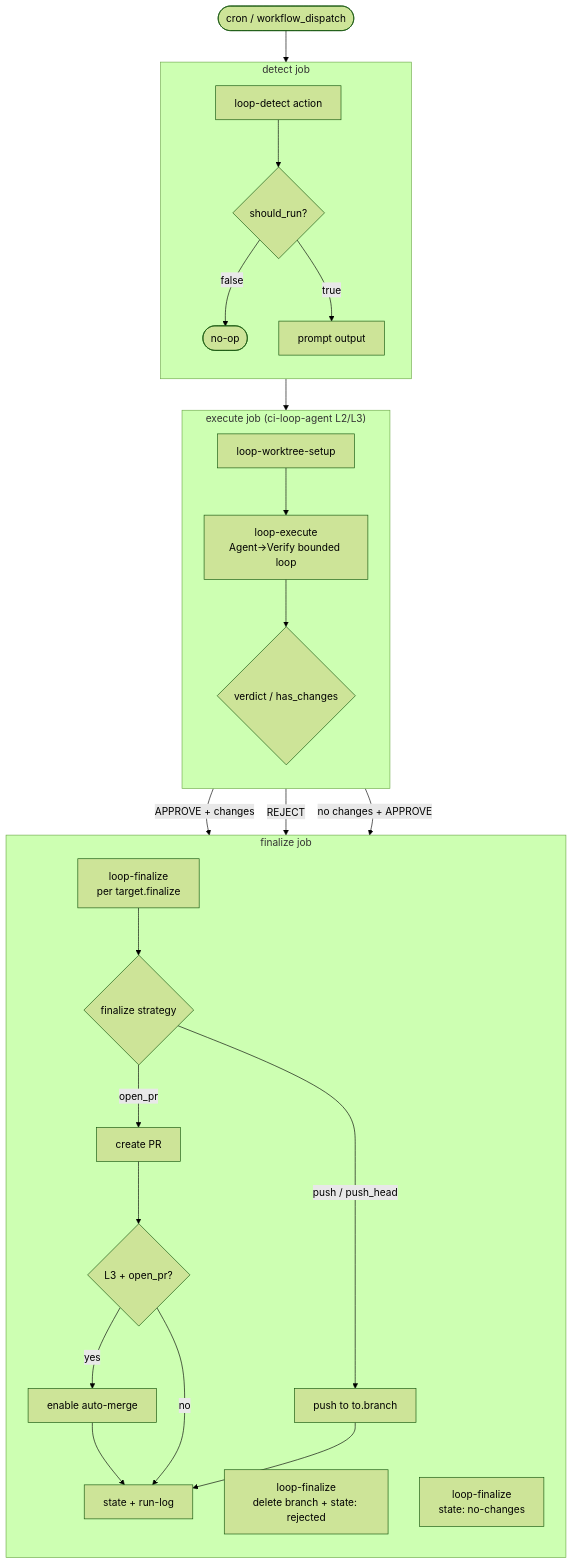
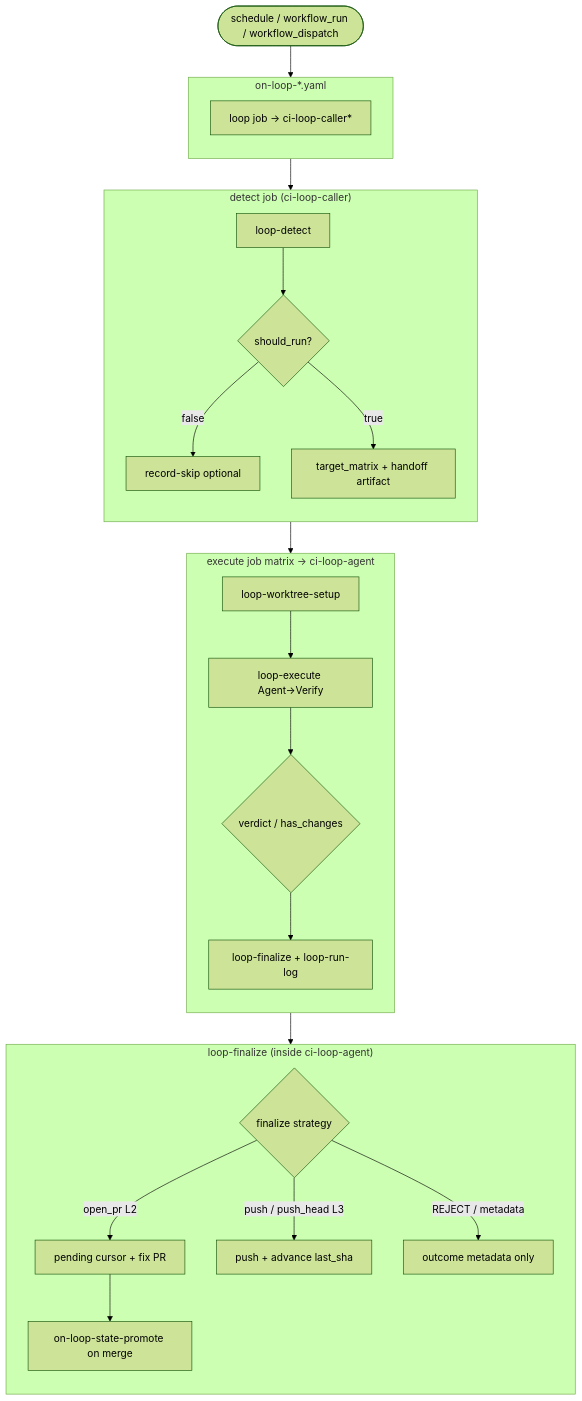
The first of 3 diagrams in docs/explanation/loop-engineering/loop-engineering-design.md (y-miyazaki/config), drawn with Mermaid (forest theme) before and after one commit. The commit also changed other lines of this file and 273 other files, not shown here.

````diff
--- a/docs/explanation/loop-engineering/loop-engineering-design.md
+++ b/docs/explanation/loop-engineering/loop-engineering-design.md
@@ -227,39 +233,35 @@
 ```mermaid
 flowchart TD
-    %% Trigger
-    trigger([cron / workflow_dispatch]) --> detect
+    trigger([schedule / workflow_run / workflow_dispatch]) --> caller
 
-    %% Detect Job
-    subgraph detect["detect job"]
+    subgraph caller["on-loop-*.yaml"]
         direction TB
-        D1[loop-detect action] --> D2{should_run?}
-        D2 -->|false| D_END([no-op])
-        D2 -->|true| D3[prompt output]
+        C1[loop job → ci-loop-caller*]
     end
 
-    %% Execute Job (ci-loop-agent L2/L3)
-    D3 --> execute
-    subgraph execute["execute job (ci-loop-agent L2/L3)"]
+    C1 --> detect
+
+    subgraph detect["detect job (ci-loop-caller)"]
         direction TB
-        A1[loop-worktree-setup] --> A2[loop-execute<br/>Agent→Verify bounded loop]
-        A2 --> A3{verdict / has_changes}
+        D1[loop-detect] --> D2{should_run?}
+        D2 -->|false| D_SKIP[record-skip optional]
+        D2 -->|true| D3[target_matrix + handoff artifact]
     end
 
-    %% Finalize Job
-    A3 -->|APPROVE + changes| finalize_approve
-    A3 -->|REJECT| finalize_reject
-    A3 -->|no changes + APPROVE| finalize_no
+    D3 --> execute
+    subgraph execute["execute job matrix → ci-loop-agent"]
+        direction TB
+        A1[loop-worktree-setup] --> A2[loop-execute Agent→Verify]
+        A2 --> A3{verdict / has_changes}
+        A3 --> F1[loop-finalize + loop-run-log]
+    end
 
-    subgraph finalize["finalize job"]
+    subgraph finalize_inside["loop-finalize (inside ci-loop-agent)"]
         direction TB
-        finalize_approve[loop-finalize<br/>per target.finalize] --> F_STRAT{finalize strategy}
-        F_STRAT -->|open_pr| F_PR[create PR]
-        F_STRAT -->|push / push_head| F_PUSH[push to to.branch]
-        F_PR --> F_AUTO{L3 + open_pr?}
-        F_AUTO -->|yes| F_MERGE[enable auto-merge] --> F_STATE[state + run-log]
-        F_AUTO -->|no| F_STATE
-        F_PUSH --> F_STATE
-        finalize_reject[loop-finalize<br/>delete branch + state: rejected]
-        finalize_no[loop-finalize<br/>state: no-changes]
+        F1 --> F_STRAT{finalize strategy}
+        F_STRAT -->|open_pr L2| F_PENDING[pending cursor + fix PR]
+        F_STRAT -->|push / push_head L3| F_PUSH[push + advance last_sha]
+        F_STRAT -->|REJECT / metadata| F_META[outcome metadata only]
+        F_PENDING --> F_PROMOTE[on-loop-state-promote on merge]
     end
 ```
````
